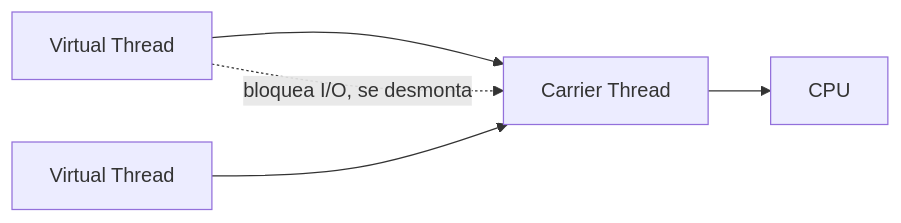
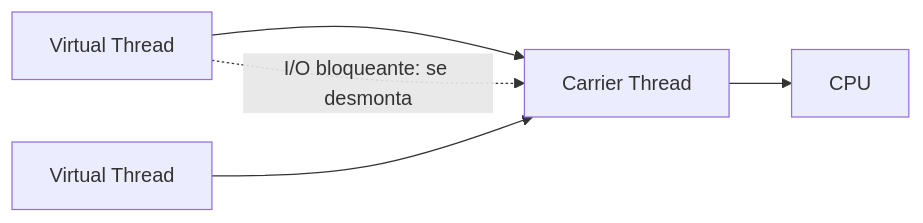
One commit to NICORUIZ93/The_Imperial_Book changed the diagram in web/public/content/spring-microservices/modulo-0.md. Above: the diagram before and after it, drawn with Mermaid. The commit also changed other lines of this file and 1 other file, not shown here.

````diff
--- a/web/public/content/spring-microservices/modulo-0.md
+++ b/web/public/content/spring-microservices/modulo-0.md
@@ -119,7 +147,7 @@
 ```mermaid
 flowchart LR
   VT1[Virtual Thread] --> C[Carrier Thread]
   VT2[Virtual Thread] --> C
   C --> CPU[CPU]
-  VT1 -.bloquea I/O, se desmonta.-> C
+  VT1 -.I/O bloqueante: se desmonta.-> C
 ```
````
